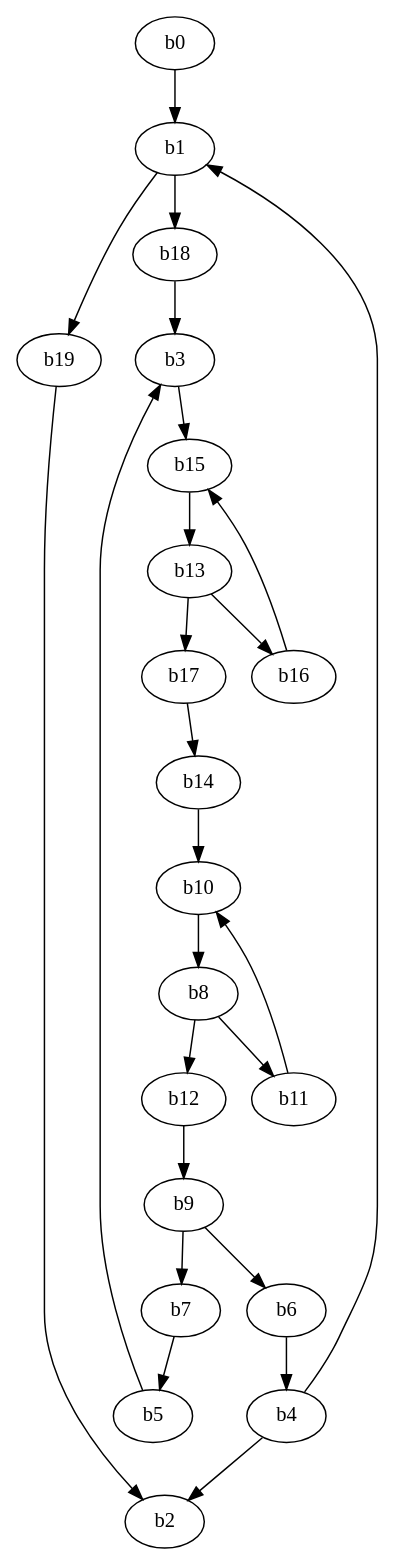
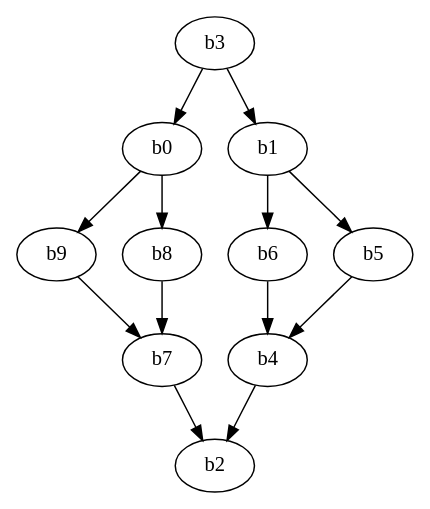
The diagram in MiniOptIm3/before.dot (JoelWAnna/MiniOptimizingCompiler), drawn with Graphviz before and after one commit. The commit also changed 16 other files, not shown here.

```diff
--- a/MiniOptIm3/before.dot
+++ b/MiniOptIm3/before.dot
@@ -1,27 +1,15 @@
 digraph MIL {
-  b0;
-  b0 -> b1;
-  b4 -> b1;
-  b1 -> b19;
-  b1 -> b18;
-  b18 -> b3;
-  b5 -> b3;
-  b3 -> b15;
-  b16 -> b15;
-  b15 -> b13;
-  b13 -> b17;
-  b17 -> b14;
-  b14 -> b10;
-  b11 -> b10;
-  b10 -> b8;
-  b8 -> b12;
-  b12 -> b9;
+  b3;
+  b3 -> b0;
+  b0 -> b9;
+  b0 -> b8;
   b9 -> b7;
-  b7 -> b5;
-  b9 -> b6;
+  b8 -> b7;
+  b3 -> b1;
+  b1 -> b6;
+  b1 -> b5;
   b6 -> b4;
-  b19 -> b2;
+  b5 -> b4;
+  b7 -> b2;
   b4 -> b2;
-  b8 -> b11;
-  b13 -> b16;
 }
```
